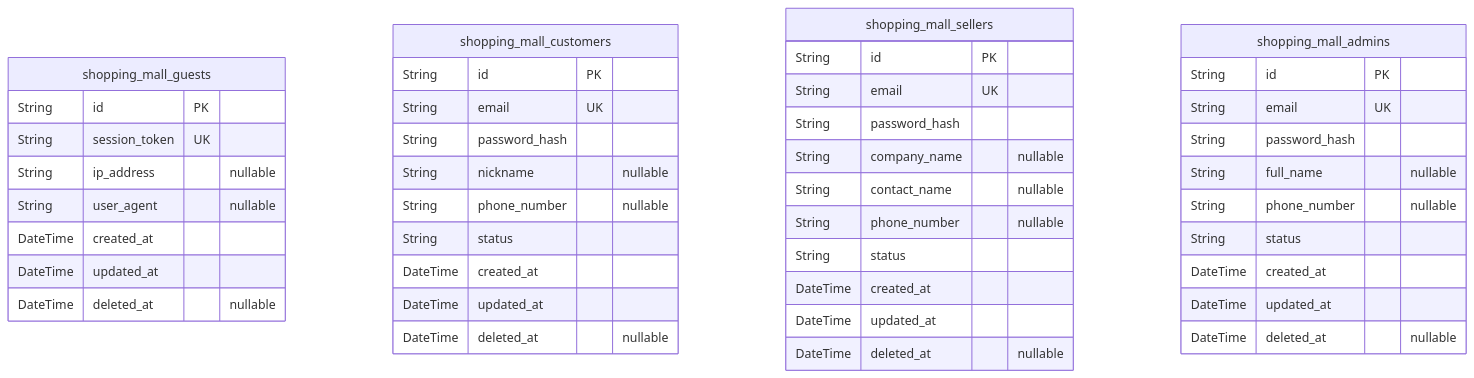
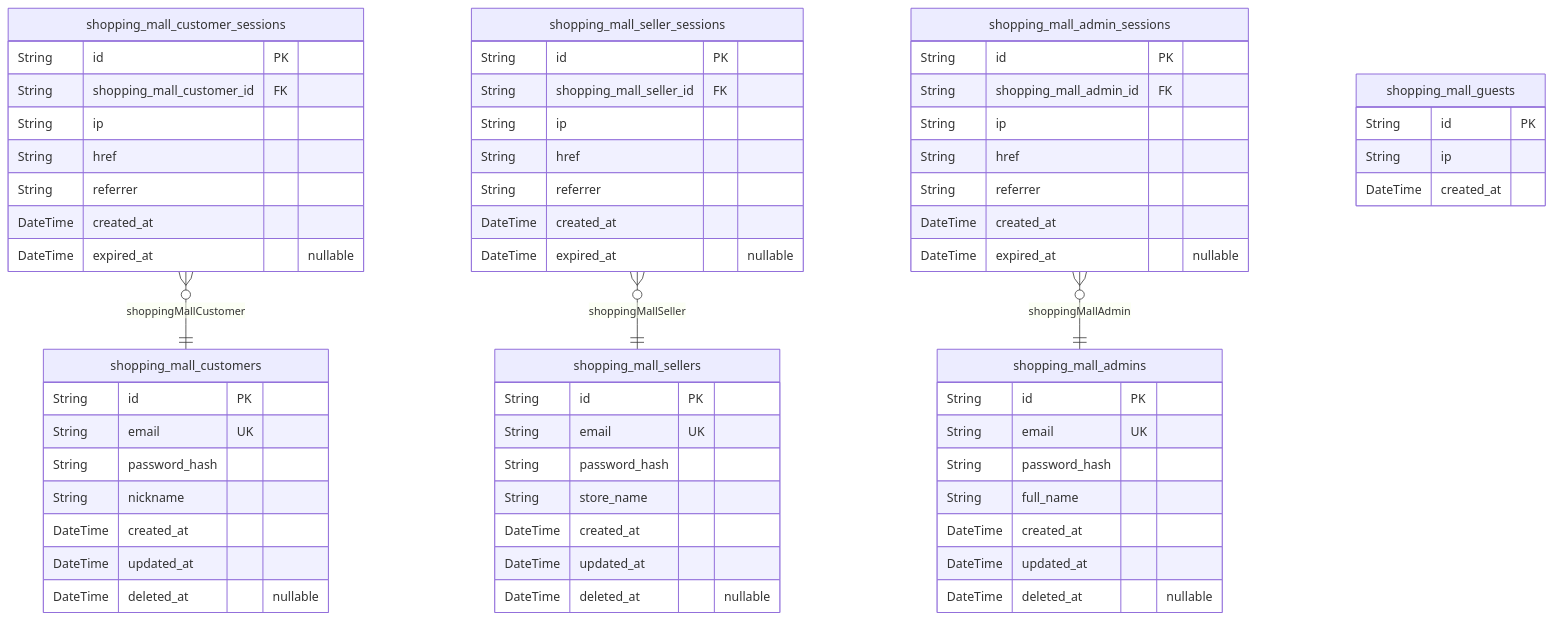
Before and after one commit to wrtnlabs/autobe-examples: the second of 11 diagrams in openai/gpt-4.1-mini/shopping/docs/ERD.md, drawn with Mermaid. The commit also changed other lines of this file and 16146 other files, not shown here.

````diff
--- a/openai/gpt-4.1-mini/shopping/docs/ERD.md
+++ b/openai/gpt-4.1-mini/shopping/docs/ERD.md
@@ -85,46 +104,65 @@
 ```mermaid
 erDiagram
-"shopping_mall_guests" {
+"shopping_mall_customers" {
   String id PK
-  String session_token UK
-  String ip_address "nullable"
-  String user_agent "nullable"
+  String email UK
+  String password_hash
+  String nickname
   DateTime created_at
   DateTime updated_at
   DateTime deleted_at "nullable"
 }
-"shopping_mall_customers" {
+"shopping_mall_customer_sessions" {
   String id PK
-  String email UK
-  String password_hash
-  String nickname "nullable"
-  String phone_number "nullable"
-  String status
+  String shopping_mall_customer_id FK
+  String ip
+  String href
+  String referrer
   DateTime created_at
-  DateTime updated_at
-  DateTime deleted_at "nullable"
+  DateTime expired_at "nullable"
 }
 "shopping_mall_sellers" {
   String id PK
   String email UK
   String password_hash
-  String company_name "nullable"
-  String contact_name "nullable"
-  String phone_number "nullable"
-  String status
+  String store_name
   DateTime created_at
   DateTime updated_at
   DateTime deleted_at "nullable"
+}
+"shopping_mall_seller_sessions" {
+  String id PK
+  String shopping_mall_seller_id FK
+  String ip
+  String href
+  String referrer
+  DateTime created_at
+  DateTime expired_at "nullable"
 }
 "shopping_mall_admins" {
   String id PK
   String email UK
   String password_hash
-  String full_name "nullable"
-  String phone_number "nullable"
-  String status
+  String full_name
   DateTime created_at
   DateTime updated_at
   DateTime deleted_at "nullable"
 }
+"shopping_mall_admin_sessions" {
+  String id PK
+  String shopping_mall_admin_id FK
+  String ip
+  String href
+  String referrer
+  DateTime created_at
+  DateTime expired_at "nullable"
+}
+"shopping_mall_guests" {
+  String id PK
+  String ip
+  DateTime created_at
+}
+"shopping_mall_customer_sessions" }o--|| "shopping_mall_customers" : shoppingMallCustomer
+"shopping_mall_seller_sessions" }o--|| "shopping_mall_sellers" : shoppingMallSeller
+"shopping_mall_admin_sessions" }o--|| "shopping_mall_admins" : shoppingMallAdmin
 ```
````
